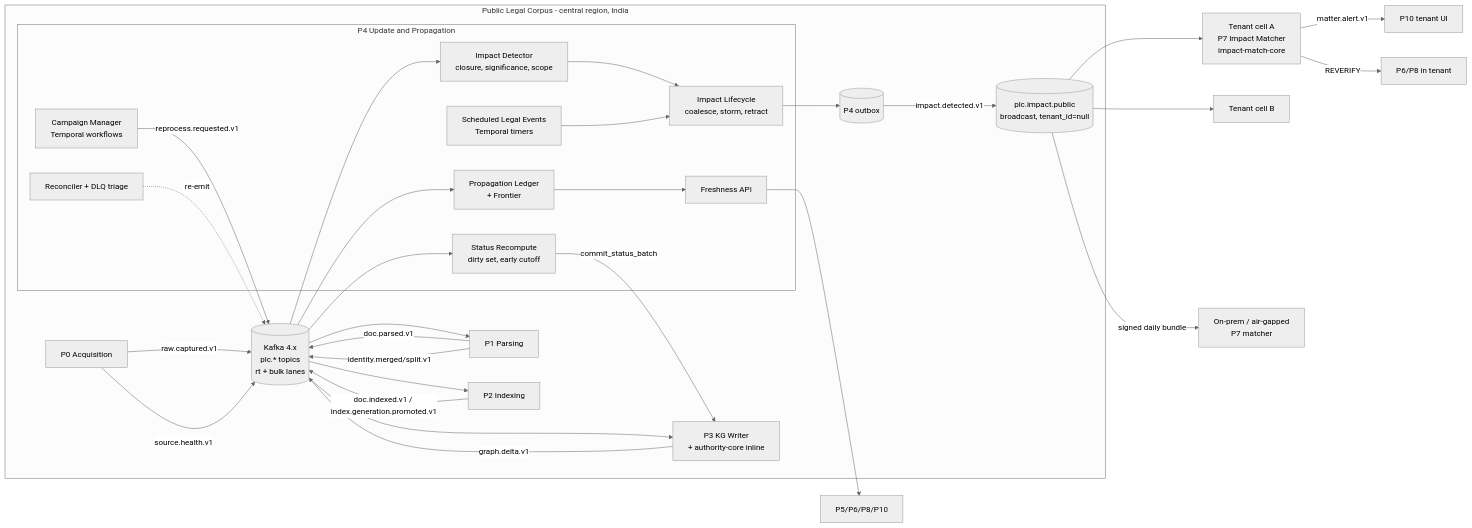
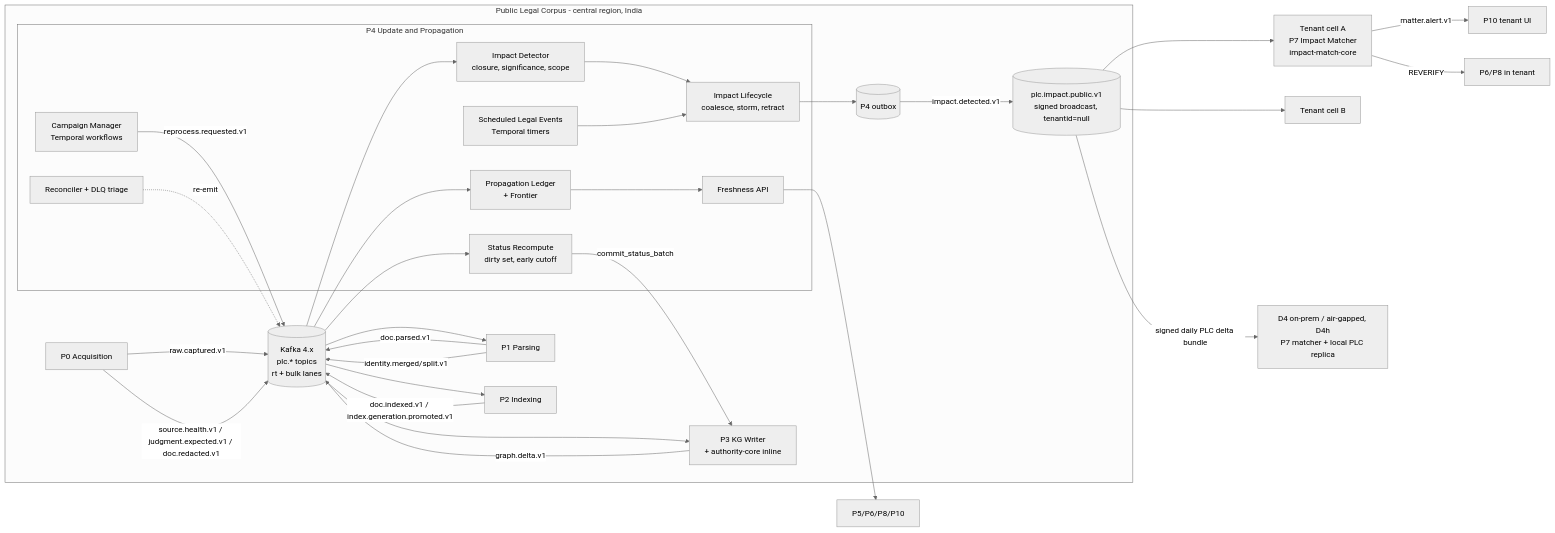
The first of 2 diagrams in docs/06_P4_update_propagation.md (arukh281/legal), drawn with Mermaid (neutral theme) before and after one commit. The commit also changed other lines of this file and 17 other files, not shown here.

````diff
--- a/docs/06_P4_update_propagation.md
+++ b/docs/06_P4_update_propagation.md
@@ -284,38 +329,38 @@
 ```mermaid
 flowchart LR
   subgraph PLC[Public Legal Corpus - central region, India]
     P0[P0 Acquisition] -- raw.captured.v1 --> K[(Kafka 4.x<br/>plc.* topics<br/>rt + bulk lanes)]
     K --> P1[P1 Parsing]
     P1 -- doc.parsed.v1 --> K
     K --> P2[P2 Indexing]
     P2 -- doc.indexed.v1 / index.generation.promoted.v1 --> K
     K --> P3[P3 KG Writer<br/>+ authority-core inline]
     P3 -- graph.delta.v1 --> K
-    P0 -- source.health.v1 --> K
+    P0 -- source.health.v1 / judgment.expected.v1 / doc.redacted.v1 --> K
     P1 -- identity.merged/split.v1 --> K
     subgraph P4[P4 Update and Propagation]
       L[Propagation Ledger<br/>+ Frontier]
       RC[Status Recompute<br/>dirty set, early cutoff]
       ID[Impact Detector<br/>closure, significance, scope]
       LC[Impact Lifecycle<br/>coalesce, storm, retract]
       SCH[Scheduled Legal Events<br/>Temporal timers]
       CM[Campaign Manager<br/>Temporal workflows]
       REC[Reconciler + DLQ triage]
       FA[Freshness API]
     end
     K --> L & RC & ID
     RC -- commit_status_batch --> P3
     ID --> LC --> OB[(P4 outbox)]
     SCH --> LC
     CM -- reprocess.requested.v1 --> K
     REC -. re-emit .-> K
-    OB -- impact.detected.v1 --> PUB[(plc.impact.public<br/>broadcast, tenant_id=null)]
+    OB -- impact.detected.v1 --> PUB[(plc.impact.public.v1<br/>signed broadcast, tenantid=null)]
     L --> FA
   end
   PUB --> T1[Tenant cell A<br/>P7 Impact Matcher<br/>impact-match-core]
   PUB --> T2[Tenant cell B]
-  PUB -- signed daily bundle --> OP[On-prem / air-gapped<br/>P7 matcher]
+  PUB -- signed daily PLC delta bundle --> OP[D4 on-prem / air-gapped, D4h<br/>P7 matcher + local PLC replica]
   T1 -- matter.alert.v1 --> P10A[P10 tenant UI]
   T1 -- REVERIFY --> P6A[P6/P8 in tenant]
   FA --> P5[P5/P6/P8/P10]
 ```
````
